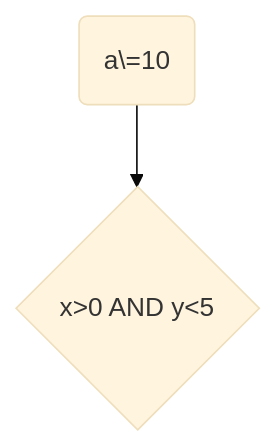
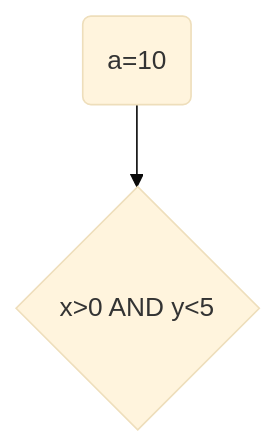
Before and after one commit to happimaker/lecture001: the sixth of 6 diagrams in docs/README.md, drawn with Mermaid (base theme).

````diff
--- a/docs/README.md
+++ b/docs/README.md
@@ -477,4 +477,4 @@
 ```mermaid
 graph TD
-    a("a\=10") --> d{"x>0 AND y<5"}
+    a(a=10) --> d{"x>0 AND y<5"}
 ```
````
